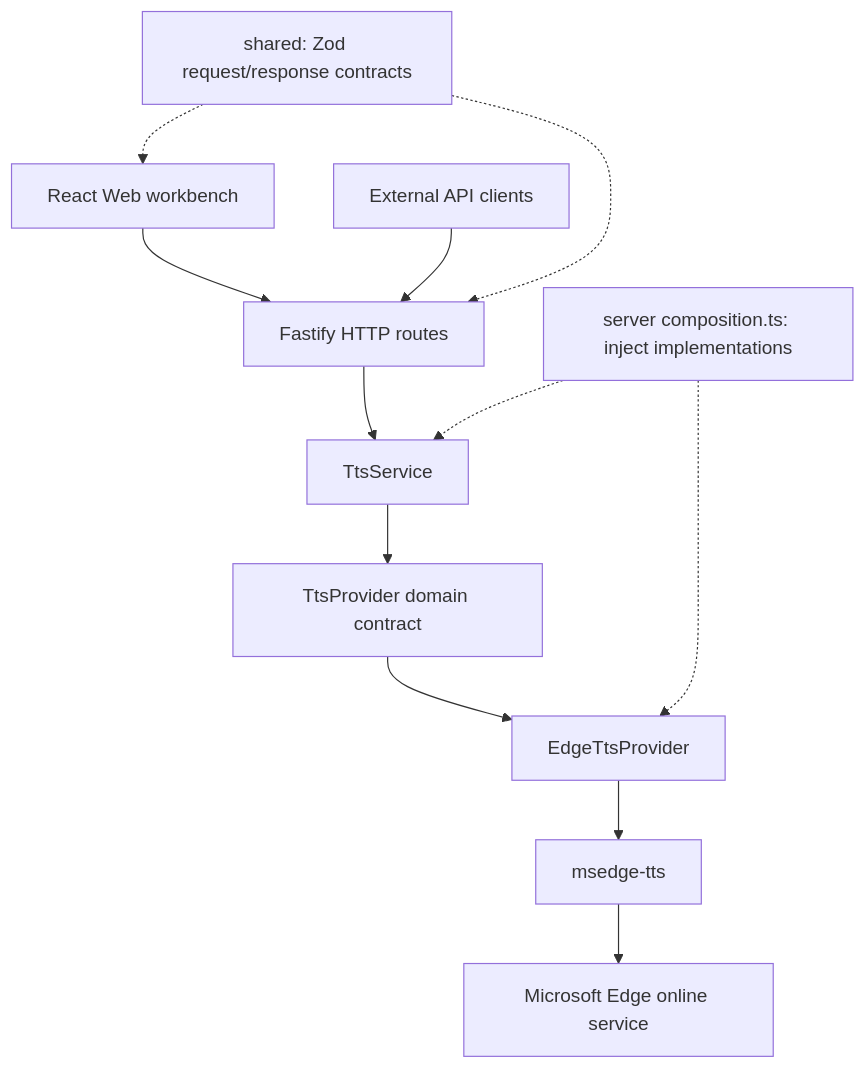
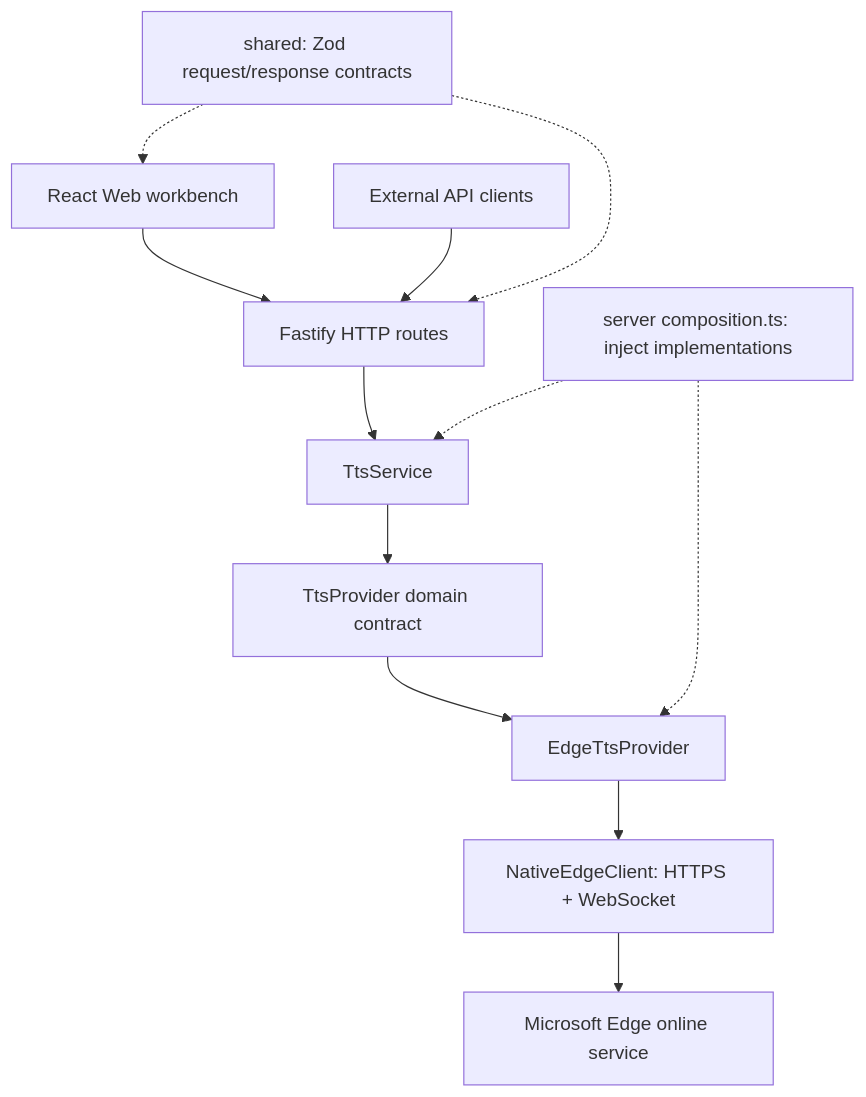
One commit to DejavuMoe/edgeTTS changed the diagram in README.md. Above: the diagram before and after it, drawn with Mermaid. The commit also changed 23 other files, not shown here.

First line of the commit message:
fix(provider): replace msedge-tts with native v2 client

````diff
--- a/README.md
+++ b/README.md
@@ -126,14 +126,14 @@
 ```mermaid
 flowchart TD
   UI["React Web workbench"] --> HTTP["Fastify HTTP routes"]
   Client["External API clients"] --> HTTP
   HTTP --> Service[TtsService]
   Service --> Port["TtsProvider domain contract"]
   Port --> Edge[EdgeTtsProvider]
-  Edge --> Library[msedge-tts]
-  Library --> Microsoft["Microsoft Edge online service"]
+  Edge --> Protocol["NativeEdgeClient: HTTPS + WebSocket"]
+  Protocol --> Microsoft["Microsoft Edge online service"]
   Shared["shared: Zod request/response contracts"] -.-> UI
   Shared -.-> HTTP
   Composition["server composition.ts: inject implementations"] -.-> Service
   Composition -.-> Edge
 ```
````
